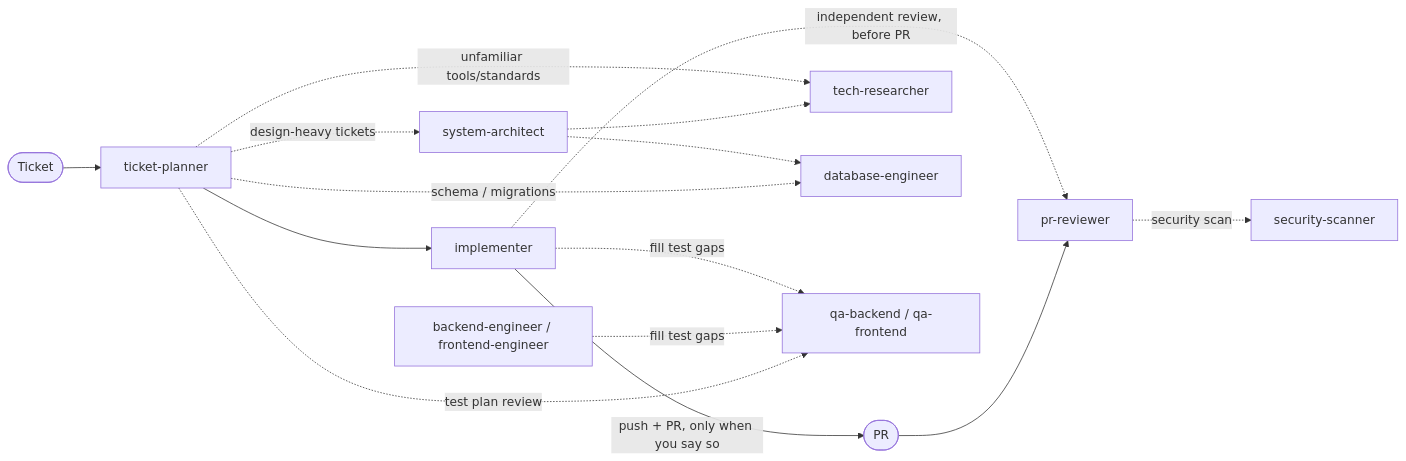
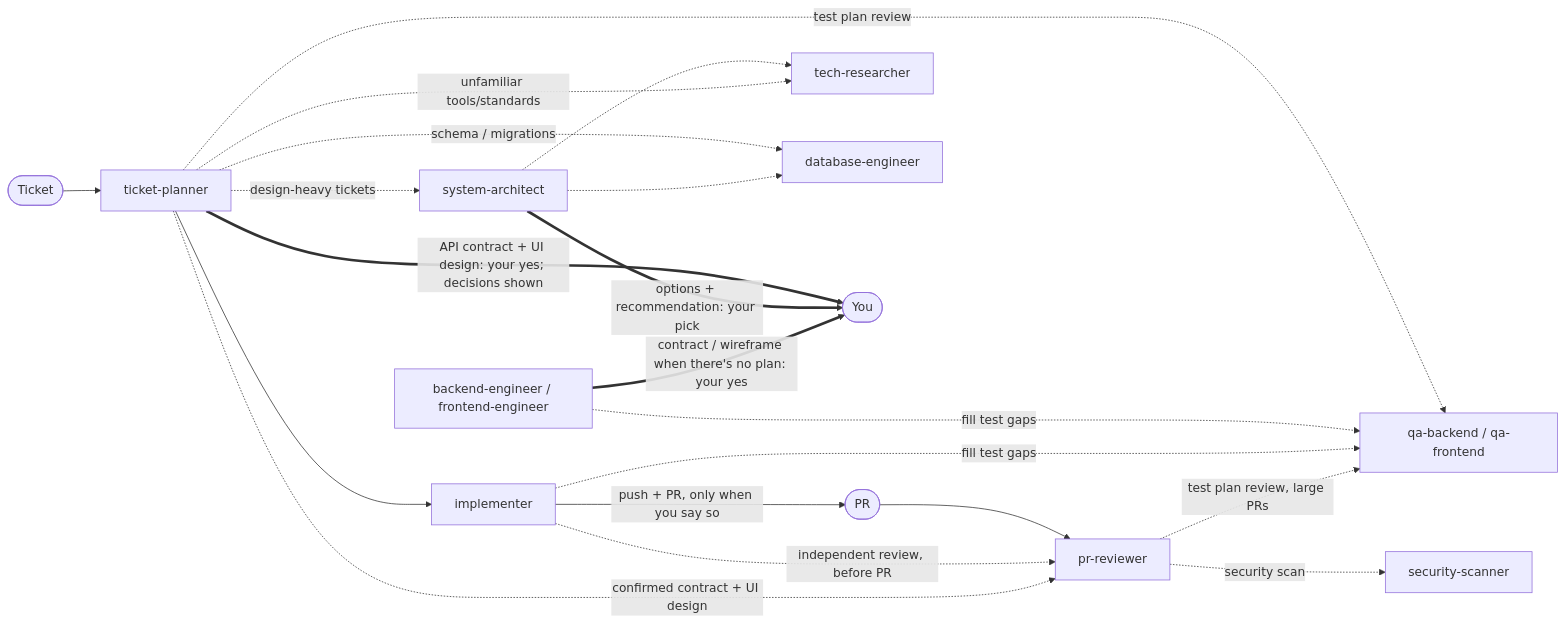
The diagram in README.md (kcayme/k-agents), drawn with Mermaid before and after one commit. The commit also changed other lines of this file, not shown here.

Commit message:
docs: show the user approval gates and the reviewer's contract check in the readme
docs: shorten the captain principle to a tagline

````diff
--- a/README.md
+++ b/README.md
@@ -5,18 +5,24 @@
 ```mermaid
 flowchart LR
     T([Ticket]) --> TP[ticket-planner]
     TP --> IM[implementer]
     IM -->|push + PR, only when you say so| PR([PR])
     PR --> RV[pr-reviewer]
 
     TP -.->|design-heavy tickets| SA[system-architect]
     SA -.-> TR[tech-researcher]
     TP -.->|unfamiliar tools/standards| TR
     TP -.->|schema / migrations| DB[database-engineer]
     SA -.-> DB
     TP -.->|test plan review| QA[qa-backend / qa-frontend]
     BE[backend-engineer / frontend-engineer] -.->|fill test gaps| QA
     IM -.->|fill test gaps| QA
     IM -.->|independent review, before PR| RV
     RV -.->|security scan| SS[security-scanner]
+    RV -.->|test plan review, large PRs| QA
+    TP -.->|confirmed contract + UI design| RV
+
+    TP ==>|API contract + UI design: your yes; decisions shown| U([You])
+    SA ==>|options + recommendation: your pick| U
+    BE ==>|contract / wireframe when there's no plan: your yes| U
 ```
````
